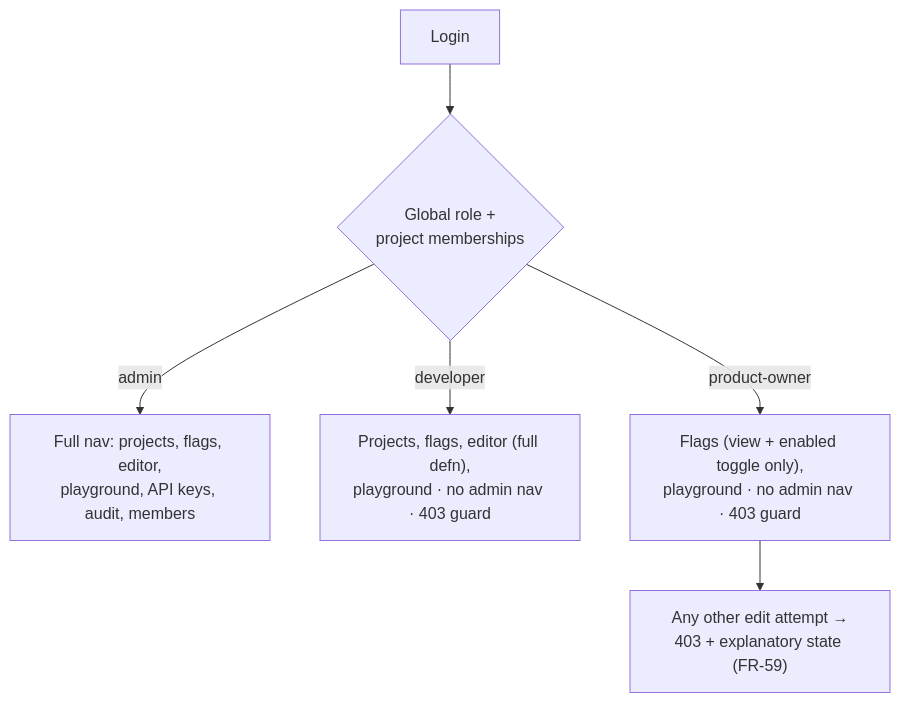
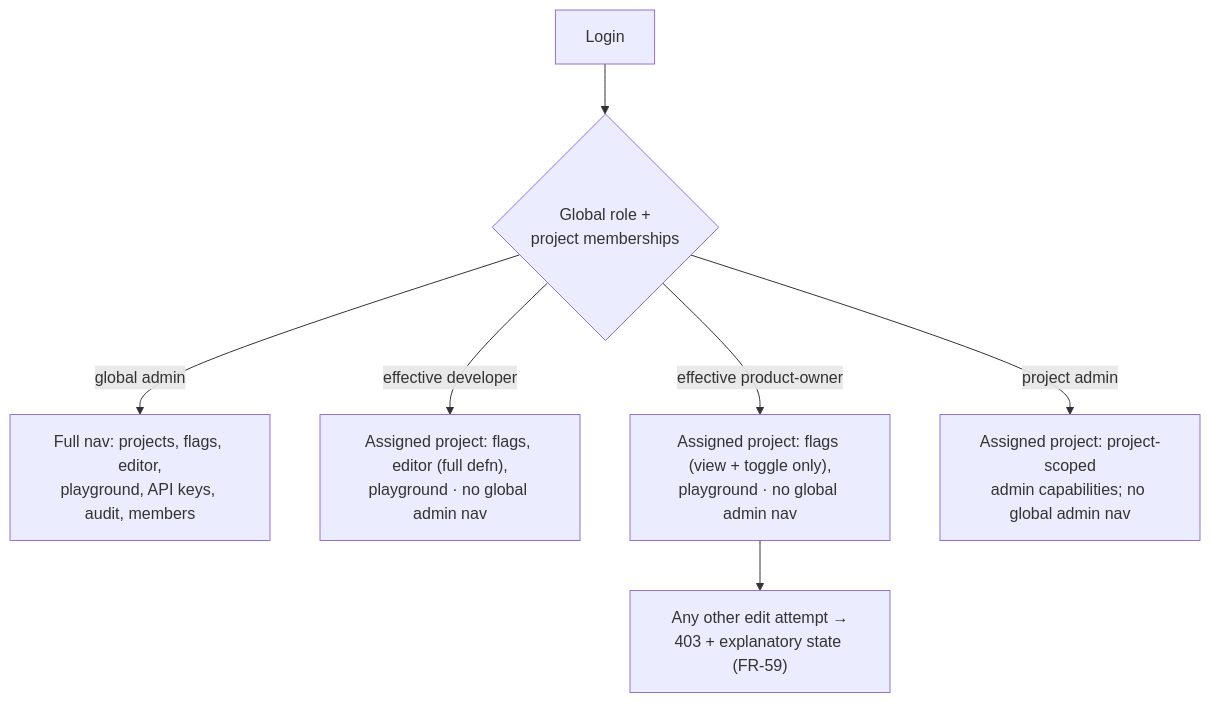
The third of 4 diagrams in docs/07-dashboard-design.md (kokhoui83/flag-management-system-v2), drawn with Mermaid before and after one commit. The commit also changed other lines of this file and 30 other files, not shown here.

````diff
--- a/docs/07-dashboard-design.md
+++ b/docs/07-dashboard-design.md
@@ -393,8 +416,9 @@
 ```mermaid
 flowchart TD
   B["Login"] --> R{"Global role +<br/>project memberships"}
-  R -- admin --> AM["Full nav: projects, flags, editor,<br/>playground, API keys, audit, members"]
-  R -- developer --> DV["Projects, flags, editor (full defn),<br/>playground · no admin nav · 403 guard"]
-  R -- product-owner --> PO["Flags (view + enabled toggle only),<br/>playground · no admin nav · 403 guard"]
+  R -- global admin --> AM["Full nav: projects, flags, editor,<br/>playground, API keys, audit, members"]
+  R -- effective developer --> DV["Assigned project: flags, editor (full defn),<br/>playground · no global admin nav"]
+  R -- effective product-owner --> PO["Assigned project: flags (view + toggle only),<br/>playground · no global admin nav"]
+  R -- project admin --> PA["Assigned project: project-scoped<br/>admin capabilities; no global admin nav"]
   PO --> POX["Any other edit attempt →<br/>403 + explanatory state (FR-59)"]
 ```
````
